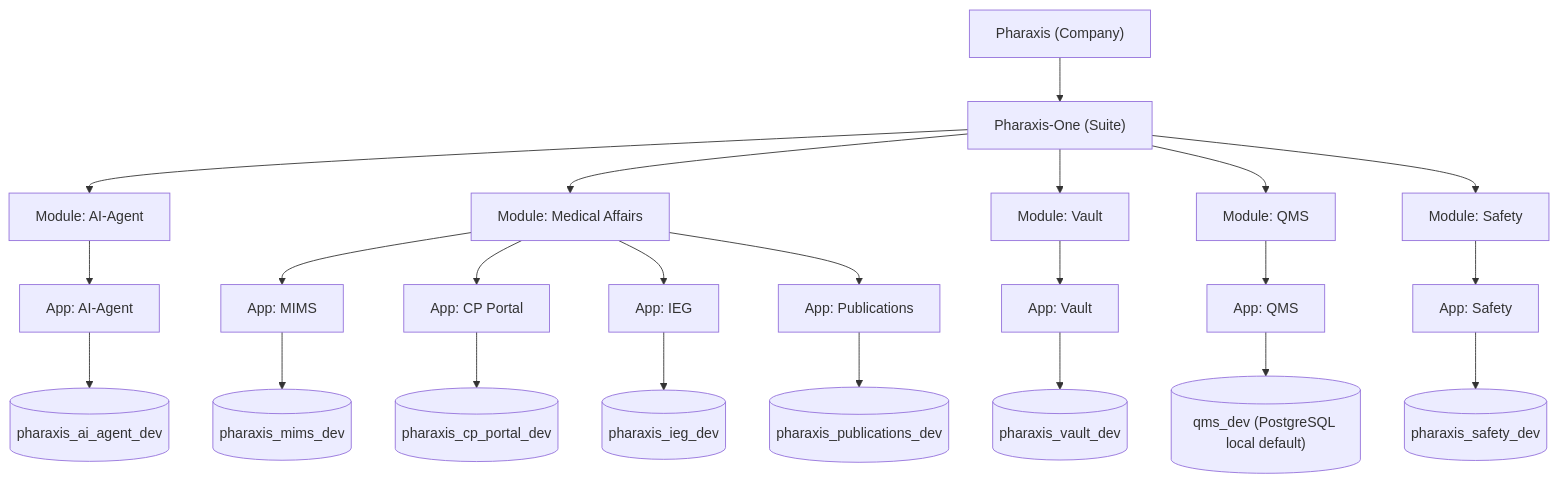
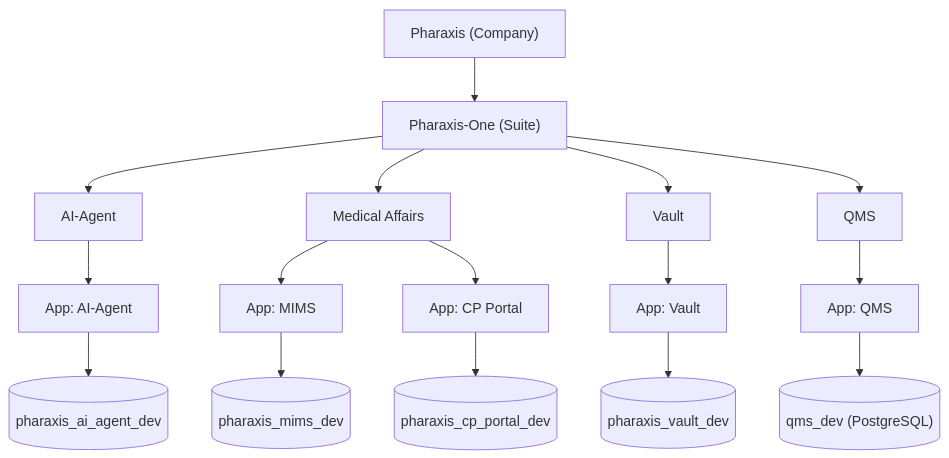
Before and after one commit to RohithKarne/pharaxis-one: the first of 2 diagrams in docs/ARCHITECTURE.md, drawn with Mermaid. The commit also changed other lines of this file and 5 other files, not shown here.

First line of the commit message:
Sweep: remove all medical-affairs path refs and deleted app entries

````diff
--- a/docs/ARCHITECTURE.md
+++ b/docs/ARCHITECTURE.md
@@ -14,28 +12,21 @@
 ```mermaid
 flowchart TB
   PH["Pharaxis (Company)"] --> SU["Pharaxis-One (Suite)"]
 
-  SU --> MODAI["Module: AI-Agent"]
-  SU --> MODMA["Module: Medical Affairs"]
-  SU --> MODV["Module: Vault"]
-  SU --> MODQ["Module: QMS"]
-  SU --> MODS["Module: Safety"]
+  SU --> MODAI["AI-Agent"]
+  SU --> MODMA["Medical Affairs"]
+  SU --> MODV["Vault"]
+  SU --> MODQ["QMS"]
 
   MODAI --> APPAI["App: AI-Agent"]
   MODMA --> APPMIMS["App: MIMS"]
   MODMA --> APPCP["App: CP Portal"]
-  MODMA --> APPIEG["App: IEG"]
-  MODMA --> APPPUB["App: Publications"]
   MODV --> APPV["App: Vault"]
   MODQ --> APPQ["App: QMS"]
-  MODS --> APPS["App: Safety"]
 
   APPAI --> DBAI[("pharaxis_ai_agent_dev")]
   APPMIMS --> DBMIMS[("pharaxis_mims_dev")]
   APPCP --> DBCP[("pharaxis_cp_portal_dev")]
-  APPIEG --> DBIEG[("pharaxis_ieg_dev")]
-  APPPUB --> DBPUB[("pharaxis_publications_dev")]
   APPV --> DBV[("pharaxis_vault_dev")]
-  APPQ --> DBQ[("qms_dev (PostgreSQL local default)")]
-  APPS --> DBS[("pharaxis_safety_dev")]
+  APPQ --> DBQ[("qms_dev (PostgreSQL)")]
 ```
````
